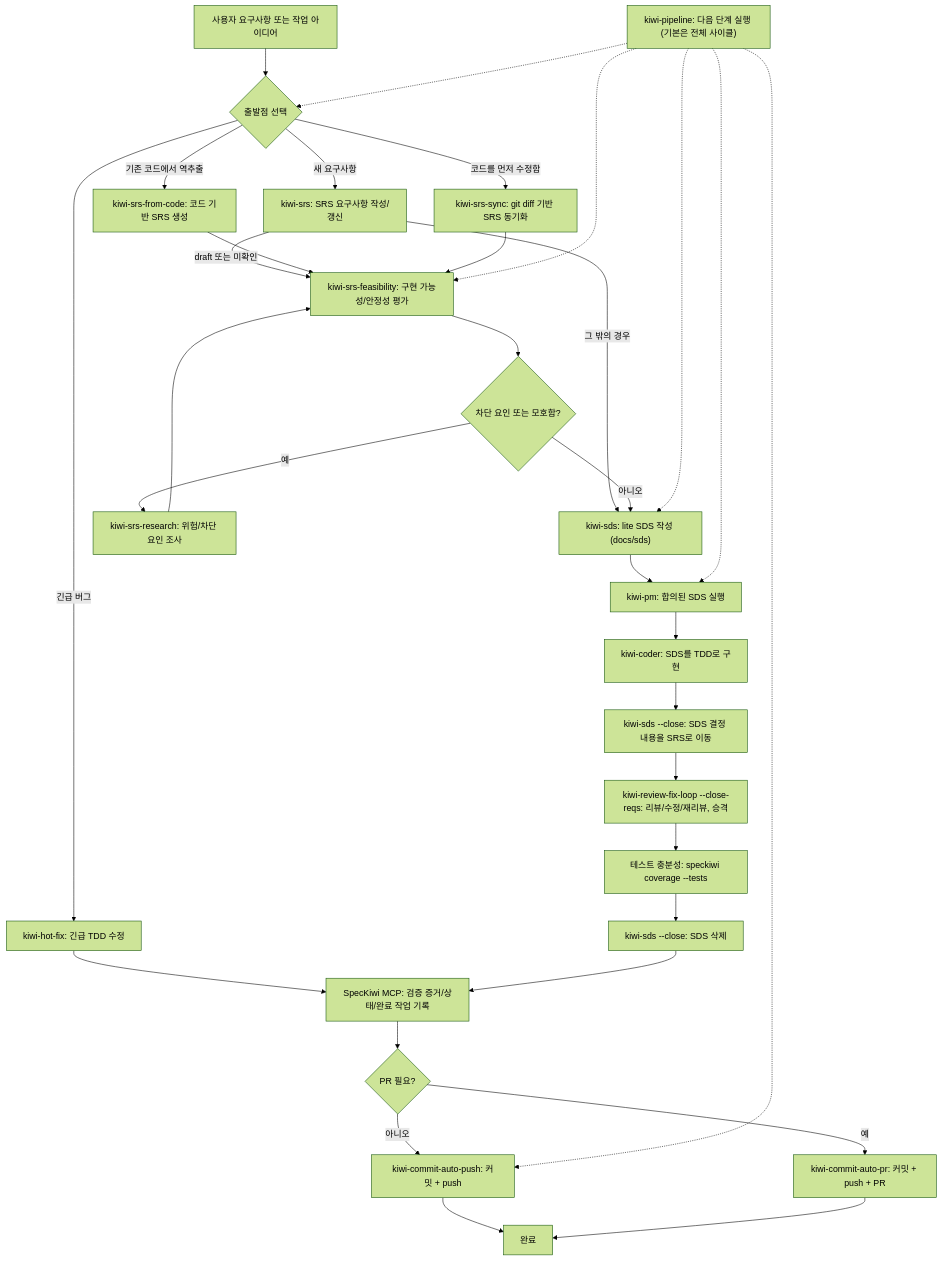
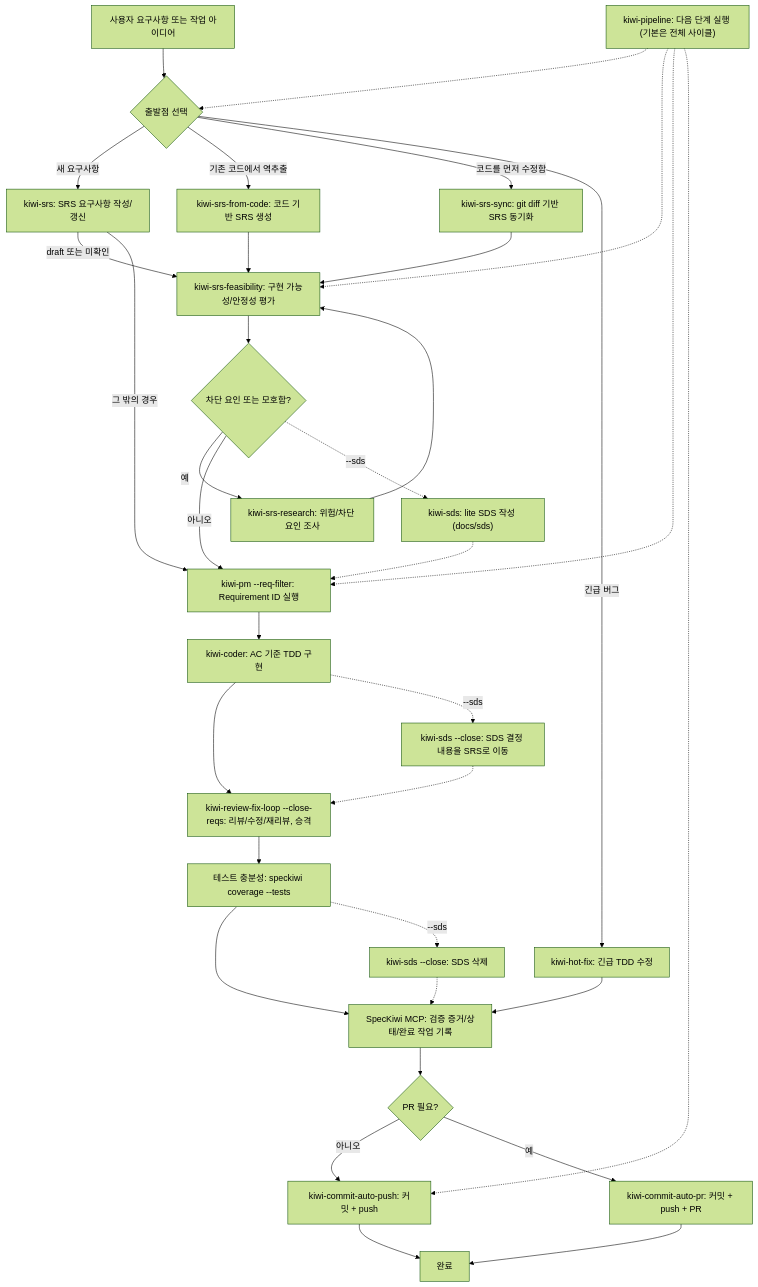
One commit to Snoworca/speckiwi changed the third of 4 diagrams in README.md. Above: the diagram before and after it, drawn with Mermaid (forest theme). The commit also changed other lines of this file and 288 other files, not shown here.

First line of the commit message:
feat: SDS 를 사용자 지시 때만 쓰고, wave 파일·Windows 락·MCP root 를 도구로 다잡는다

````diff
--- a/README.md
+++ b/README.md
@@ -1330,38 +1356,40 @@
 ```mermaid
 flowchart TD
     A["사용자 요구사항 또는 작업 아이디어"] --> B{"출발점 선택"}
     B -->|새 요구사항| C["kiwi-srs: SRS 요구사항 작성/갱신"]
     B -->|기존 코드에서 역추출| D["kiwi-srs-from-code: 코드 기반 SRS 생성"]
     B -->|코드를 먼저 수정함| E["kiwi-srs-sync: git diff 기반 SRS 동기화"]
     B -->|긴급 버그| Q["kiwi-hot-fix: 긴급 TDD 수정"]
 
     C -->|draft 또는 미확인| F["kiwi-srs-feasibility: 구현 가능성/안정성 평가"]
-    C -->|그 밖의 경우| I
+    C -->|그 밖의 경우| J
     D --> F
     E --> F
     Q --> M
 
     F --> G{"차단 요인 또는 모호함?"}
     G -->|예| H["kiwi-srs-research: 위험/차단 요인 조사"]
     H --> F
-    G -->|아니오| I["kiwi-sds: lite SDS 작성 (docs/sds)"]
+    G -->|아니오| J["kiwi-pm --req-filter: Requirement ID 실행"]
+    G -.->|"--sds"| I["kiwi-sds: lite SDS 작성 (docs/sds)"]
+    I -.-> J
 
-    I --> J["kiwi-pm: 합의된 SDS 실행"]
-    J --> K["kiwi-coder: SDS를 TDD로 구현"]
-    K --> X["kiwi-sds --close: SDS 결정 내용을 SRS로 이동"]
-    X --> R["kiwi-review-fix-loop --close-reqs: 리뷰/수정/재리뷰, 승격"]
+    J --> K["kiwi-coder: AC 기준 TDD 구현"]
+    K --> R["kiwi-review-fix-loop --close-reqs: 리뷰/수정/재리뷰, 승격"]
+    K -.->|"--sds"| X["kiwi-sds --close: SDS 결정 내용을 SRS로 이동"]
+    X -.-> R
     R --> V["테스트 충분성: speckiwi coverage --tests"]
-    V --> Y["kiwi-sds --close: SDS 삭제"]
-    Y --> M["SpecKiwi MCP: 검증 증거/상태/완료 작업 기록"]
+    V --> M["SpecKiwi MCP: 검증 증거/상태/완료 작업 기록"]
+    V -.->|"--sds"| Y["kiwi-sds --close: SDS 삭제"]
+    Y -.-> M
     M --> S{"PR 필요?"}
     S -->|아니오| N["kiwi-commit-auto-push: 커밋 + push"]
     S -->|예| T["kiwi-commit-auto-pr: 커밋 + push + PR"]
     N --> O["완료"]
     T --> O
 
     P["kiwi-pipeline: 다음 단계 실행 (기본은 전체 사이클)"] -.-> B
     P -.-> F
-    P -.-> I
     P -.-> J
     P -.-> N
 ```
````
